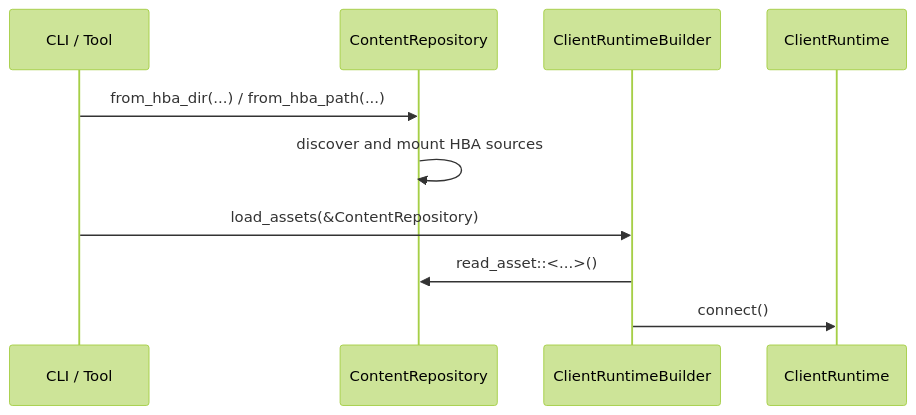
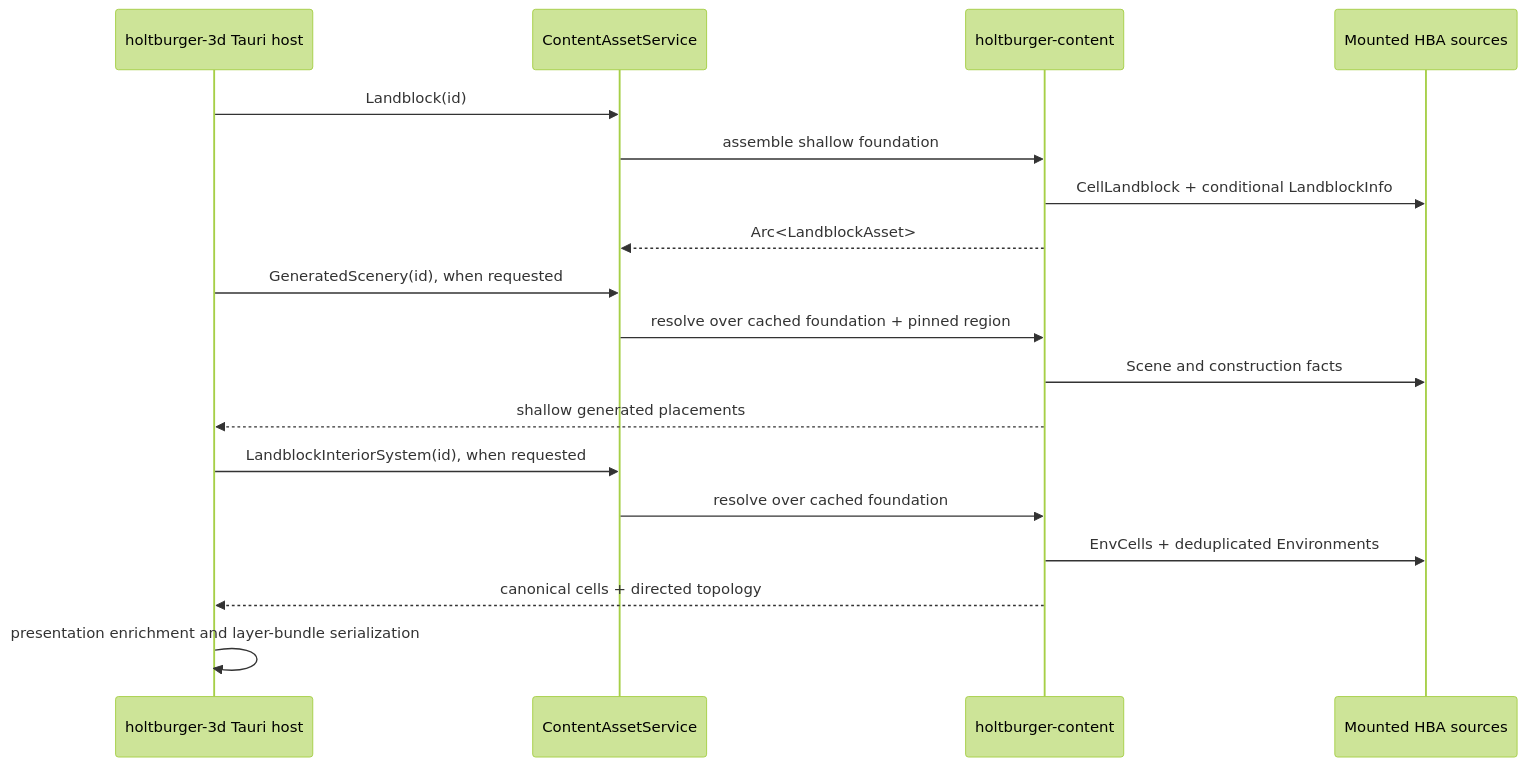
Before and after one commit to merklejerk/holtburger: the diagram in crates/holtburger-content/ARCHITECTURE.md, drawn with Mermaid (forest theme). The commit also changed other lines of this file and 51 other files, not shown here.

First line of the commit message:
refactor(content): establish canonical landblock boundary

````diff
--- a/crates/holtburger-content/ARCHITECTURE.md
+++ b/crates/holtburger-content/ARCHITECTURE.md
@@ -55,13 +96,21 @@
 ```mermaid
 sequenceDiagram
-    participant App as CLI / Tool
-    participant Content as ContentRepository
-    participant Builder as ClientRuntimeBuilder
-    participant Core as ClientRuntime
+    participant App as holtburger-3d Tauri host
+    participant Core as ContentAssetService
+    participant Content as holtburger-content
+    participant DAT as Mounted HBA sources
 
-    App->>Content: from_hba_dir(...) / from_hba_path(...)
-    Content->>Content: discover and mount HBA sources
-    App->>Builder: load_assets(&ContentRepository)
-    Builder->>Content: read_asset::<...>()
-    Builder->>Core: connect()
+    App->>Core: Landblock(id)
+    Core->>Content: assemble shallow foundation
+    Content->>DAT: CellLandblock + conditional LandblockInfo
+    Content-->>Core: Arc<LandblockAsset>
+    App->>Core: GeneratedScenery(id), when requested
+    Core->>Content: resolve over cached foundation + pinned region
+    Content->>DAT: Scene and construction facts
+    Content-->>App: shallow generated placements
+    App->>Core: LandblockInteriorSystem(id), when requested
+    Core->>Content: resolve over cached foundation
+    Content->>DAT: EnvCells + deduplicated Environments
+    Content-->>App: canonical cells + directed topology
+    App->>App: presentation enrichment and layer-bundle serialization
 ```
````
